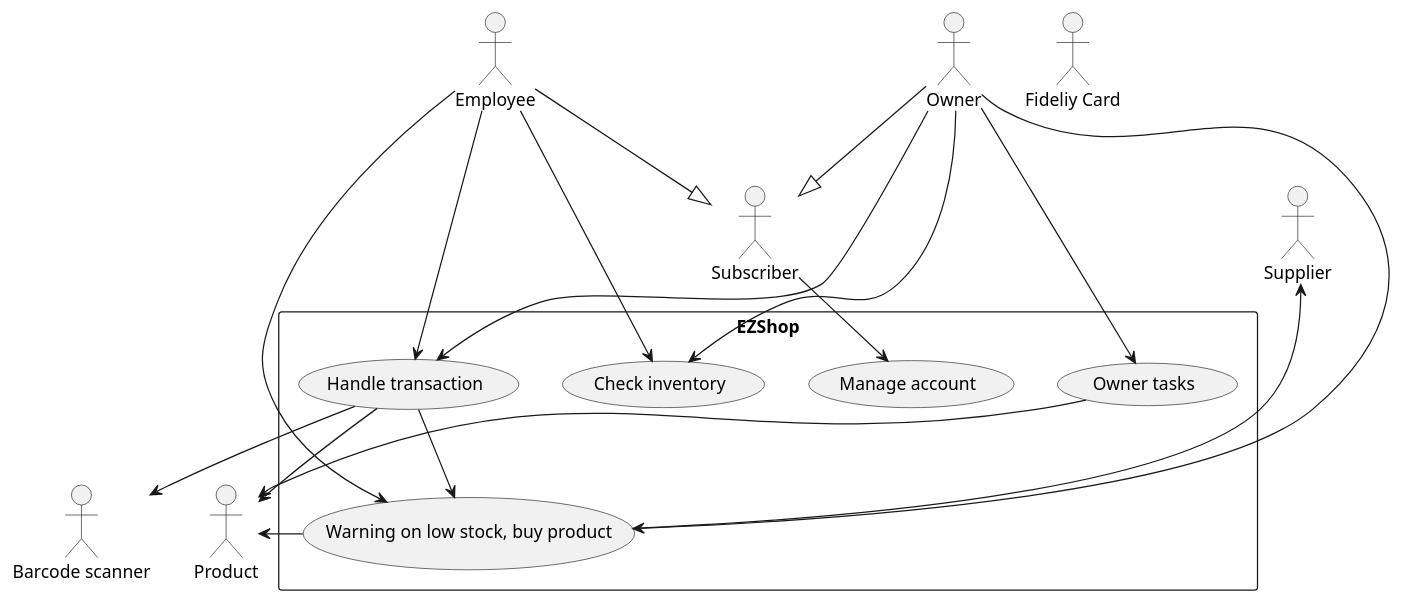
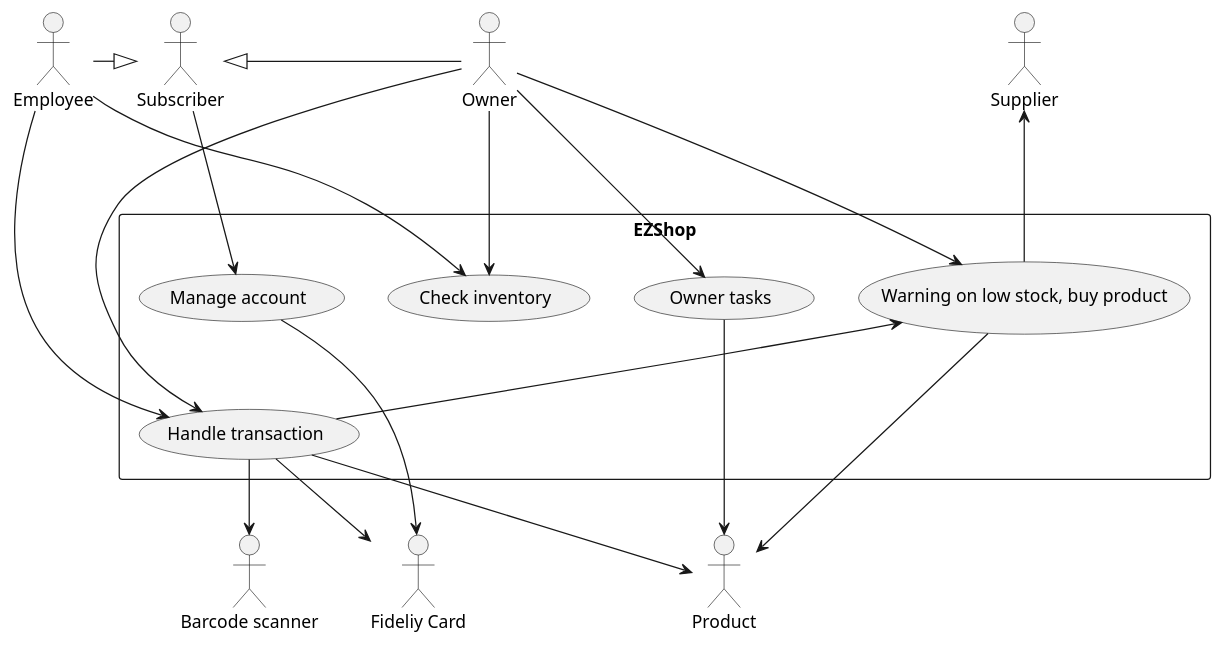
One commit to nicolabattaglino/ezshop changed the second of 7 diagrams in Deliverables/RequirementsDocument.md. Above: the diagram before and after it, drawn with PlantUML. The commit also changed other lines of this file, not shown here.

Commit message:
Updated uc diagram

````diff
--- a/Deliverables/RequirementsDocument.md
+++ b/Deliverables/RequirementsDocument.md
@@ -202,40 +202,43 @@
 ```plantuml
 @startuml
+
 
 rectangle "EZShop" as EZShop{
 "Warning on low stock, buy product" as (warning)
 "Handle transaction" as (handleTransaction)
 
 "Check inventory" as (checkInventory)
 "Manage account" as (manageAccount)
 "Owner tasks" as (ownerTasks)
 }
 
 "Owner" as owner
 "Employee" as employee
-"Subscriber" as subscriber
 "Supplier" as supplier
 "Product" as product
 "Barcode scanner" as bcScanner
 "Fideliy Card" as fidelityCard
+"Subscriber" as subscriber
+
+subscriber <|- owner
+employee -|>subscriber
+(warning) <-- (handleTransaction) 
+owner-->(handleTransaction)
+employee-->(handleTransaction)
+(handleTransaction) --> product
+(handleTransaction) --> bcScanner
 owner-->(checkInventory)
 employee -->(checkInventory)
+subscriber -> (manageAccount) 
 owner --> (ownerTasks)
-(handleTransaction)->product
-(handleTransaction) --> bcScanner
+
+supplier<---(warning)
+(warning)-->product
+(ownerTasks)-->product
 owner--->(warning)
-employee--->(warning)
-supplier<---(warning)
-(warning)->product
-(ownerTasks)->product
-owner-->(handleTransaction)
-
-owner--|> subscriber
-employee --|>subscriber
-subscriber -->(manageAccount)
-employee-->(handleTransaction)
-(handleTransaction) --> (warning)
 
 
-@enduml
+
+(manageAccount) --> fidelityCard
+(handleTransaction) --> fidelityCard
 ```
````
